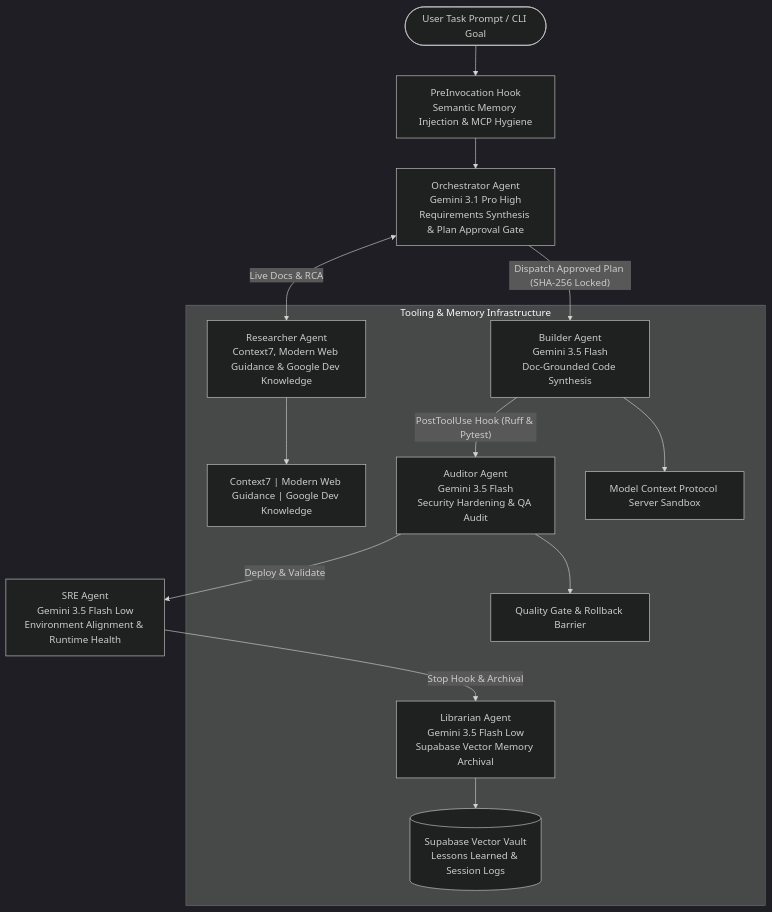
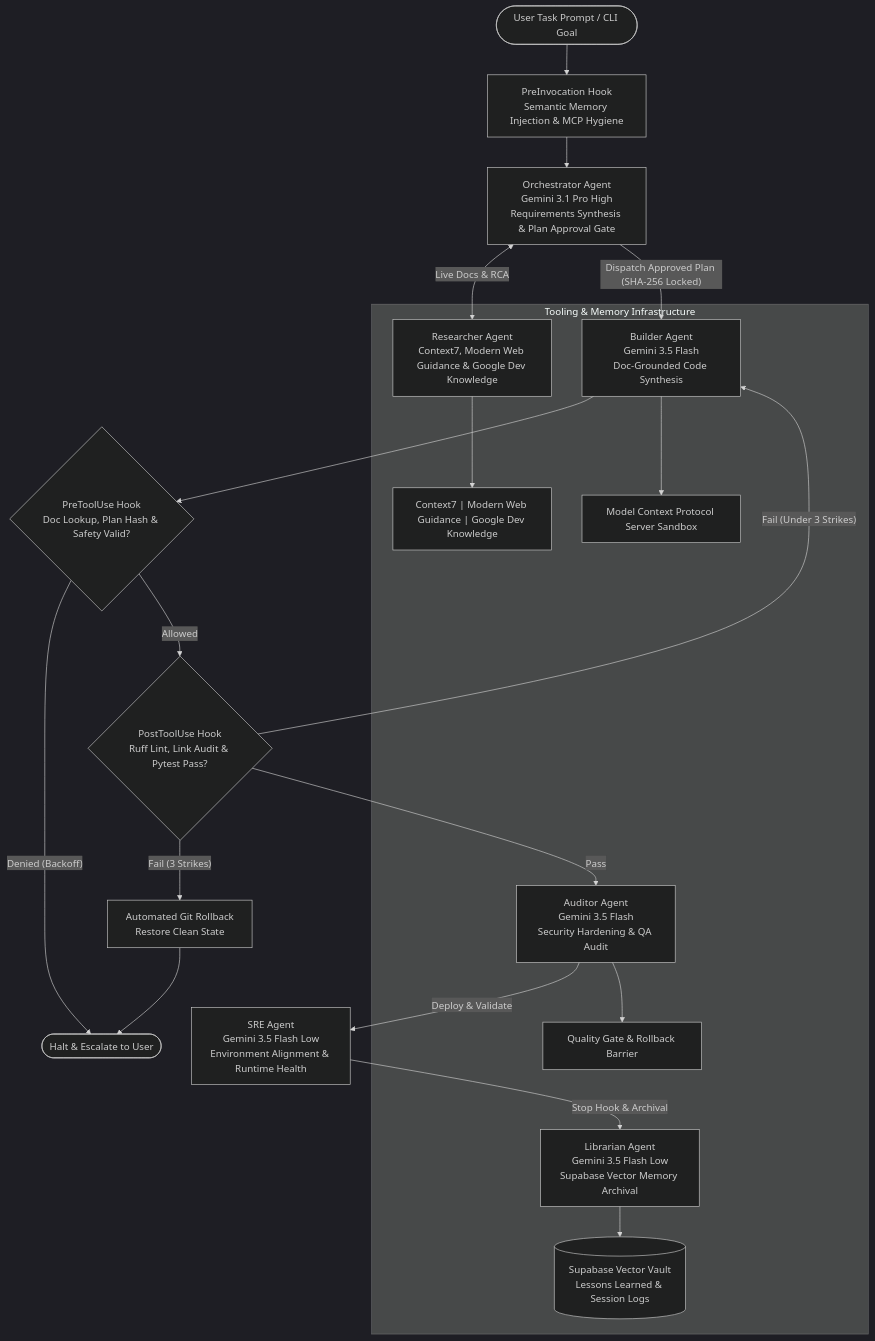
One commit to dnguyen029/antigravity-sdk changed the diagram in README.md. Above: the diagram before and after it, drawn with Mermaid (dark theme).

Commit message:
docs: add PreToolUse denial backoff and PostToolUse 3-strike rollback paths to Mermaid flow

````diff
--- a/README.md
+++ b/README.md
@@ -21,18 +21,23 @@
 ```mermaid
 flowchart TD
     UserPrompt(["User Task Prompt / CLI Goal"]) --> PreInv["PreInvocation Hook<br/>Semantic Memory Injection & MCP Hygiene"]
     PreInv --> Orchestrator["Orchestrator Agent<br/>Gemini 3.1 Pro High<br/>Requirements Synthesis & Plan Approval Gate"]
     Orchestrator <-->|"Live Docs & RCA"| Researcher["Researcher Agent<br/>Context7, Modern Web Guidance & Google Dev Knowledge"]
     
     Orchestrator -->|"Dispatch Approved Plan (SHA-256 Locked)"| Builder["Builder Agent<br/>Gemini 3.5 Flash<br/>Doc-Grounded Code Synthesis"]
-    Builder -->|"PostToolUse Hook (Ruff & Pytest)"| Auditor["Auditor Agent<br/>Gemini 3.5 Flash<br/>Security Hardening & QA Audit"]
+    Builder --> PreTool{"PreToolUse Hook<br/>Doc Lookup, Plan Hash & Safety Valid?"}
+    PreTool -->|"Denied (Backoff)"| Escalation(["Halt & Escalate to User"])
+    PreTool -->|"Allowed"| PostTool{"PostToolUse Hook<br/>Ruff Lint, Link Audit & Pytest Pass?"}
+    PostTool -->|"Fail (Under 3 Strikes)"| Builder
+    PostTool -->|"Fail (3 Strikes)"| Rollback["Automated Git Rollback<br/>Restore Clean State"] --> Escalation
+    PostTool -->|"Pass"| Auditor["Auditor Agent<br/>Gemini 3.5 Flash<br/>Security Hardening & QA Audit"]
     Auditor -->|"Deploy & Validate"| SRE["SRE Agent<br/>Gemini 3.5 Flash Low<br/>Environment Alignment & Runtime Health"]
     SRE -->|"Stop Hook & Archival"| Librarian["Librarian Agent<br/>Gemini 3.5 Flash Low<br/>Supabase Vector Memory Archival"]
 
     subgraph Integrations ["Tooling & Memory Infrastructure"]
         Researcher --> DocTools["Context7 | Modern Web Guidance | Google Dev Knowledge"]
         Builder --> MCP["Model Context Protocol Server Sandbox"]
         Auditor --> QualityGate["Quality Gate & Rollback Barrier"]
         Librarian --> VectorDB[("Supabase Vector Vault<br/>Lessons Learned & Session Logs")]
     end
 ```
````
